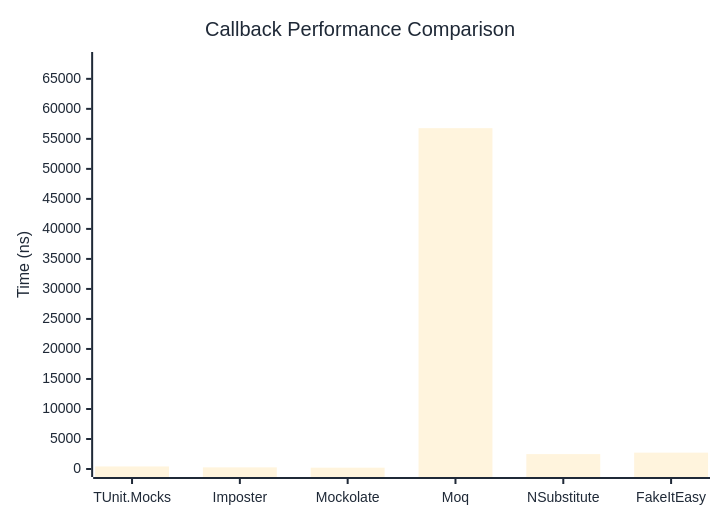
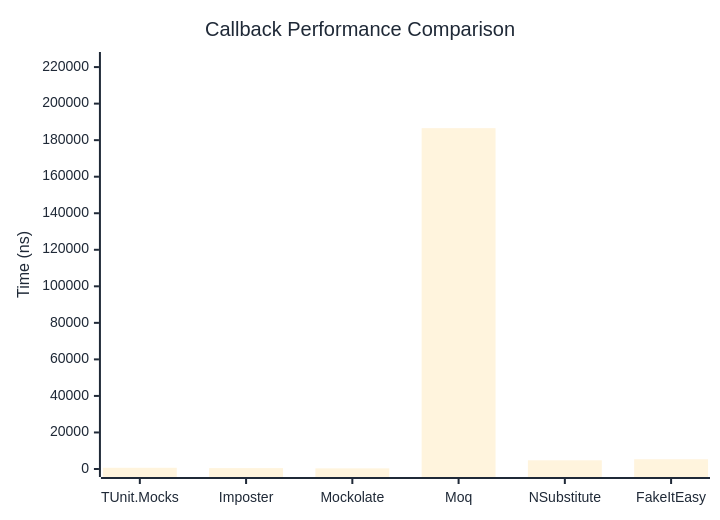
One commit to thomhurst/TUnit changed the first of 2 diagrams in docs/docs/benchmarks/mocks/Callback.md. Above: the diagram before and after it, drawn with Mermaid. The commit also changed other lines of this file and 14 other files, not shown here.

````diff
--- a/docs/docs/benchmarks/mocks/Callback.md
+++ b/docs/docs/benchmarks/mocks/Callback.md
@@ -30,27 +30,27 @@
 ```mermaid
 %%{init: {
   'theme':'base',
   'themeVariables': {
     'primaryColor': '#2563eb',
     'primaryTextColor': '#1f2937',
     'primaryBorderColor': '#1e40af',
     'lineColor': '#6b7280',
     'secondaryColor': '#7c3aed',
     'tertiaryColor': '#dc2626',
     'background': '#ffffff',
     'pie1': '#2563eb',
     'pie2': '#7c3aed',
     'pie3': '#dc2626',
     'pie4': '#f59e0b',
     'pie5': '#10b981',
     'pie6': '#06b6d4',
     'pie7': '#ec4899',
     'pie8': '#6366f1'
   }
 }}%%
 xychart-beta
   title "Callback Performance Comparison"
   x-axis ["TUnit.Mocks", "Imposter", "Mockolate", "Moq", "NSubstitute", "FakeItEasy"]
-  y-axis "Time (ns)" 0 --> 68139
-  bar [423.2, 273.2, 220.6, 56781.9, 2482.9, 2727]
+  y-axis "Time (ns)" 0 --> 223878
+  bar [661.9, 491.2, 350.2, 186564.4, 4755.2, 5341.6]
 ```
````
